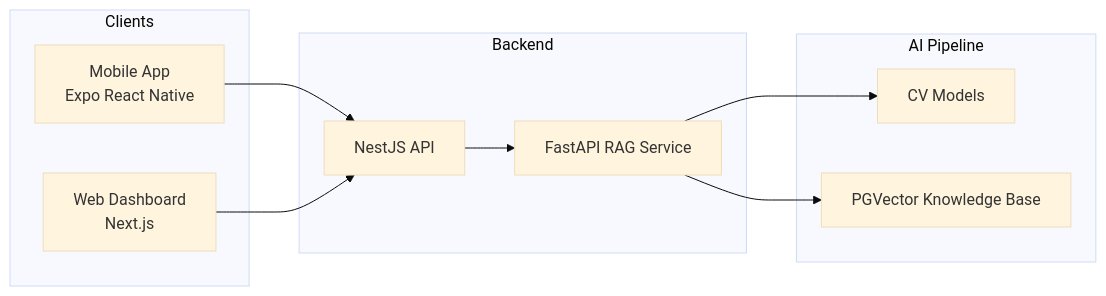
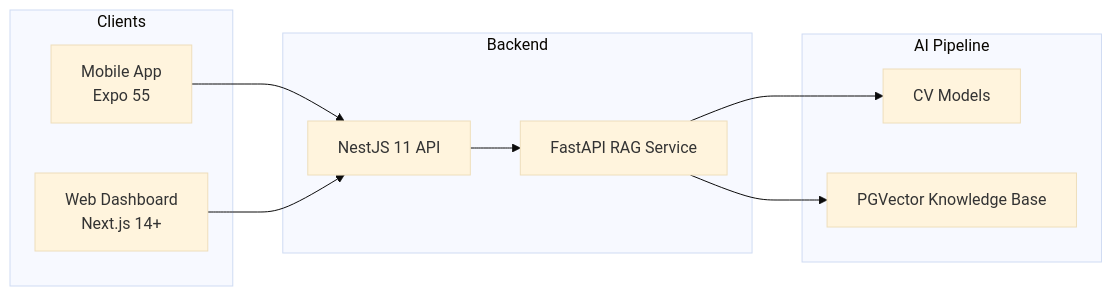
One commit to soham25-git/KRISHI-EYE_Webapp-India-Innovates_Open-Innovation changed the first of 2 diagrams in ARCHITECTURE.md. Above: the diagram before and after it, drawn with Mermaid (base theme). The commit also changed 2 other files, not shown here.

Commit message:
docs: final accuracy pass for public product and deployment documentation
- aligned public docs with actual codebase and env usage
- verified framework/model references (Expo 55, NestJS 11, Prisma 5)
- removed overstated or unverified implementation claims

````diff
--- a/ARCHITECTURE.md
+++ b/ARCHITECTURE.md
@@ -5,20 +5,20 @@
 ```mermaid
 graph LR
     subgraph Clients
-        Mobile[Mobile App<br/>Expo React Native]
-        Web[Web Dashboard<br/>Next.js]
+        Mobile[Mobile App<br/>Expo 55]
+        Web[Web Dashboard<br/>Next.js 14+]
     end
     subgraph Backend
-        API[NestJS API]
+        API[NestJS 11 API]
         AI[FastAPI RAG Service]
     end
     subgraph AI Pipeline
         CV[CV Models]
         KB[PGVector Knowledge Base]
     end
     Mobile --> API
     Web --> API
     API --> AI
     AI --> CV
     AI --> KB
 ```
````
